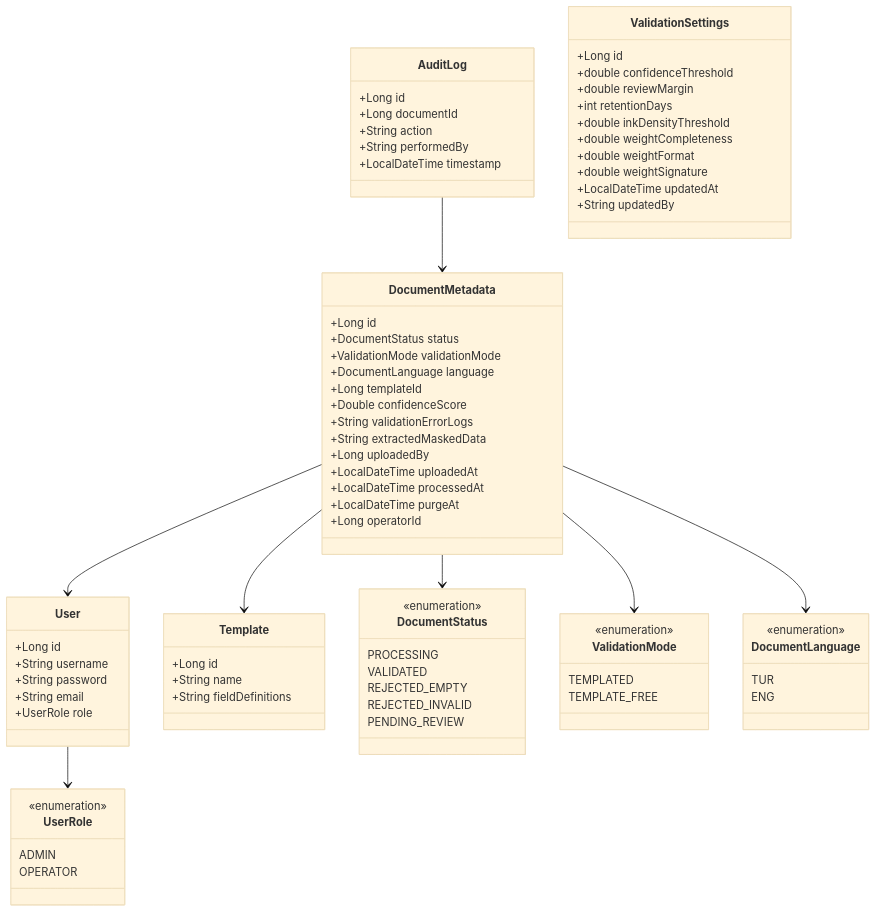
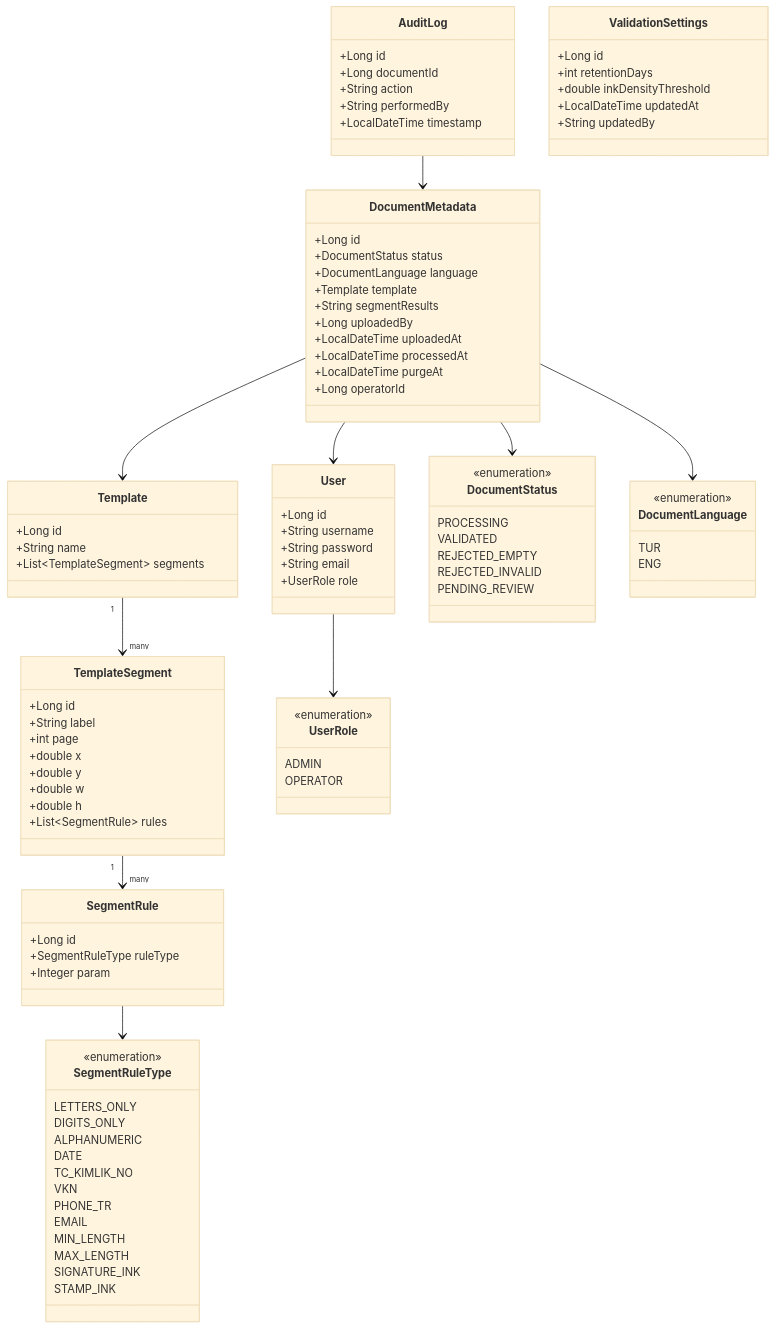
One commit to pelinevleksiz/validdoc changed the second of 3 diagrams in SDD.md. Above: the diagram before and after it, drawn with Mermaid (base theme). The commit also changed other lines of this file and 1 other file, not shown here.

Commit message:
docs: rewrite SRS and SDD for a mandatory, multi-page, rule-based template segmentation model, replacing template-free validation, weighted confidence scoring, and email notifications

````diff
--- a/SDD.md
+++ b/SDD.md
@@ -70,12 +69,9 @@
     class DocumentMetadata {
         +Long id
         +DocumentStatus status
-        +ValidationMode validationMode
         +DocumentLanguage language
-        +Long templateId
-        +Double confidenceScore
-        +String validationErrorLogs
-        +String extractedMaskedData
+        +Template template
+        +String segmentResults
         +Long uploadedBy
         +LocalDateTime uploadedAt
         +LocalDateTime processedAt
@@ -85,7 +81,22 @@
     class Template {
         +Long id
         +String name
-        +String fieldDefinitions
+        +List~TemplateSegment~ segments
+    }
+    class TemplateSegment {
+        +Long id
+        +String label
+        +int page
+        +double x
+        +double y
+        +double w
+        +double h
+        +List~SegmentRule~ rules
+    }
+    class SegmentRule {
+        +Long id
+        +SegmentRuleType ruleType
+        +Integer param
     }
     class AuditLog {
         +Long id
@@ -107,10 +118,20 @@
         REJECTED_INVALID
         PENDING_REVIEW
     }
-    class ValidationMode {
+    class SegmentRuleType {
         <<enumeration>>
-        TEMPLATED
-        TEMPLATE_FREE
+        LETTERS_ONLY
+        DIGITS_ONLY
+        ALPHANUMERIC
+        DATE
+        TC_KIMLIK_NO
+        VKN
+        PHONE_TR
+        EMAIL
+        MIN_LENGTH
+        MAX_LENGTH
+        SIGNATURE_INK
+        STAMP_INK
     }
     class DocumentLanguage {
         <<enumeration>>
@@ -119,21 +140,18 @@
     }
     class ValidationSettings {
         +Long id
-        +double confidenceThreshold
-        +double reviewMargin
         +int retentionDays
         +double inkDensityThreshold
-        +double weightCompleteness
-        +double weightFormat
-        +double weightSignature
         +LocalDateTime updatedAt
         +String updatedBy
     }
     User --> UserRole
     DocumentMetadata --> DocumentStatus
-    DocumentMetadata --> ValidationMode
     DocumentMetadata --> DocumentLanguage
     DocumentMetadata --> Template
     DocumentMetadata --> User
+    Template "1" --> "many" TemplateSegment
+    TemplateSegment "1" --> "many" SegmentRule
+    SegmentRule --> SegmentRuleType
     AuditLog --> DocumentMetadata
 ```
````
